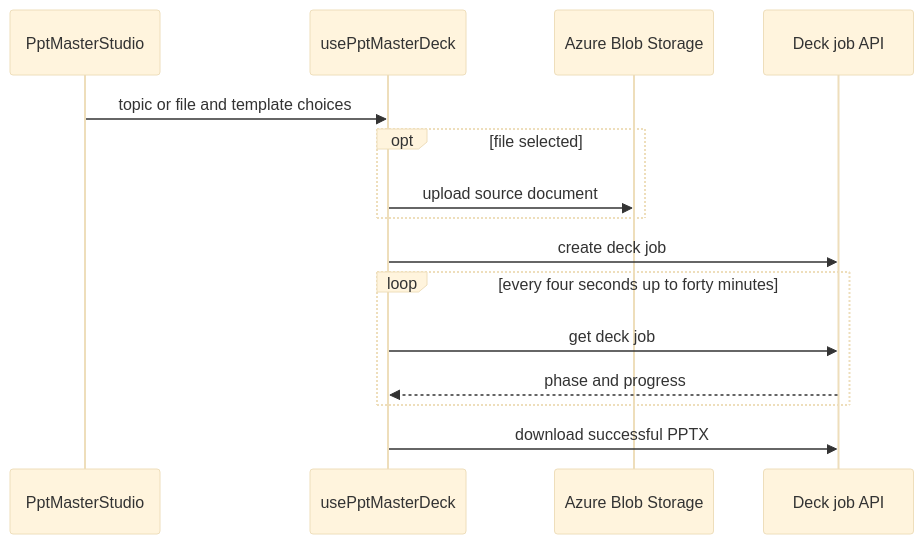
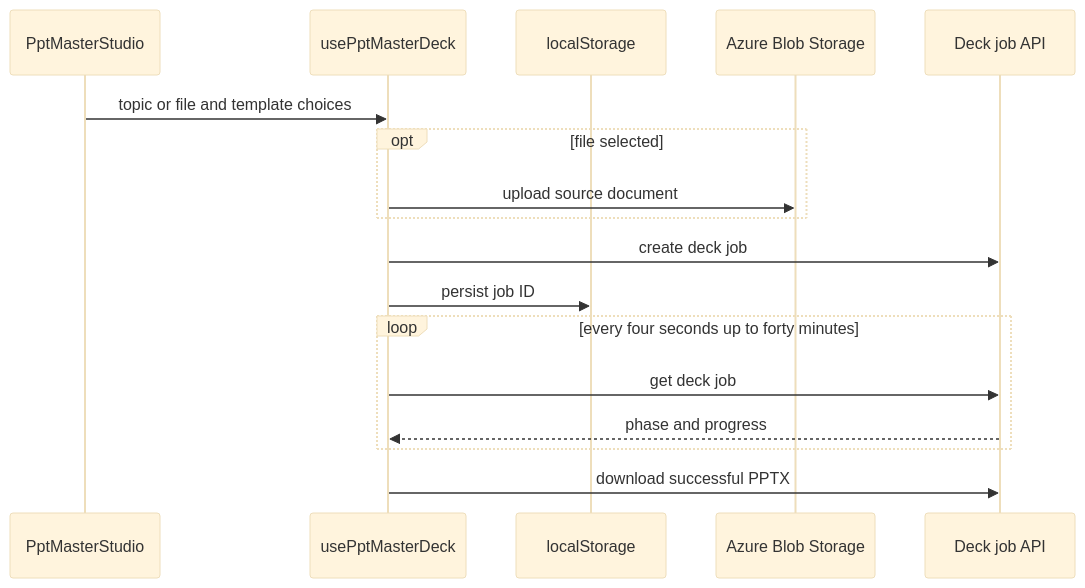
The third of 3 diagrams in openwiki/frontend/create-workflows.md (tony30552001/Genpic-master), drawn with Mermaid (base theme) before and after one commit. The commit also changed other lines of this file and 4 other files, not shown here.

````diff
--- a/openwiki/frontend/create-workflows.md
+++ b/openwiki/frontend/create-workflows.md
@@ -116,17 +118,19 @@
 ```mermaid
 sequenceDiagram
   participant Studio as PptMasterStudio
   participant Hook as usePptMasterDeck
+  participant Store as localStorage
   participant Blob as Azure Blob Storage
   participant Api as Deck job API
   Studio->>Hook: topic or file and template choices
   opt file selected
     Hook->>Blob: upload source document
   end
   Hook->>Api: create deck job
+  Hook->>Store: persist job ID
   loop every four seconds up to forty minutes
     Hook->>Api: get deck job
     Api-->>Hook: phase and progress
   end
   Hook->>Api: download successful PPTX
 ```
````
